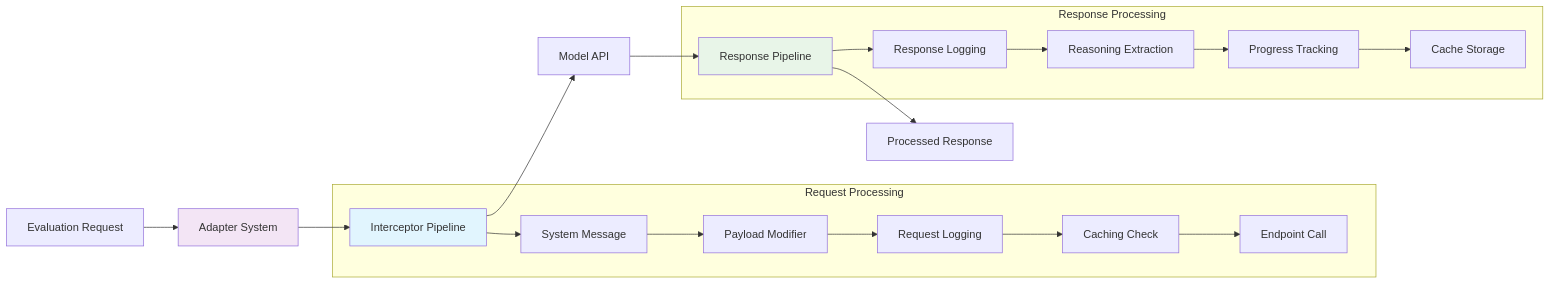
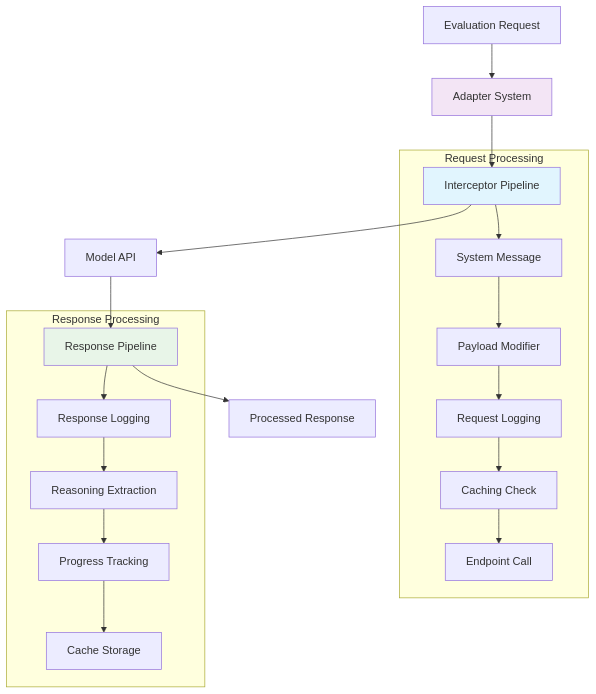
One commit to NVIDIA-NeMo/Evaluator changed the diagram in docs/about/concepts/interceptors.md. Above: the diagram before and after it, drawn with Mermaid. The commit also changed other lines of this file and 1 other file, not shown here.

Commit message:
docs(about):  add evaluation approaches; make graph vertical; consolidate design benefits

````diff
--- a/docs/about/concepts/interceptors.md
+++ b/docs/about/concepts/interceptors.md
@@ -28,27 +28,27 @@
 ```{mermaid}
-graph LR
+graph TB
     A[Evaluation Request] --> B[Adapter System]
     B --> C[Interceptor Pipeline]
     C --> D[Model API]
     D --> E[Response Pipeline]
     E --> F[Processed Response]
     
     subgraph "Request Processing"
         C --> G[System Message]
         G --> H[Payload Modifier]
         H --> I[Request Logging]
         I --> J[Caching Check]
         J --> K[Endpoint Call]
     end
     
     subgraph "Response Processing"
         E --> L[Response Logging]
         L --> M[Reasoning Extraction]
         M --> N[Progress Tracking]
         N --> O[Cache Storage]
     end
     
     style B fill:#f3e5f5
     style C fill:#e1f5fe
     style E fill:#e8f5e8
 ```
````
